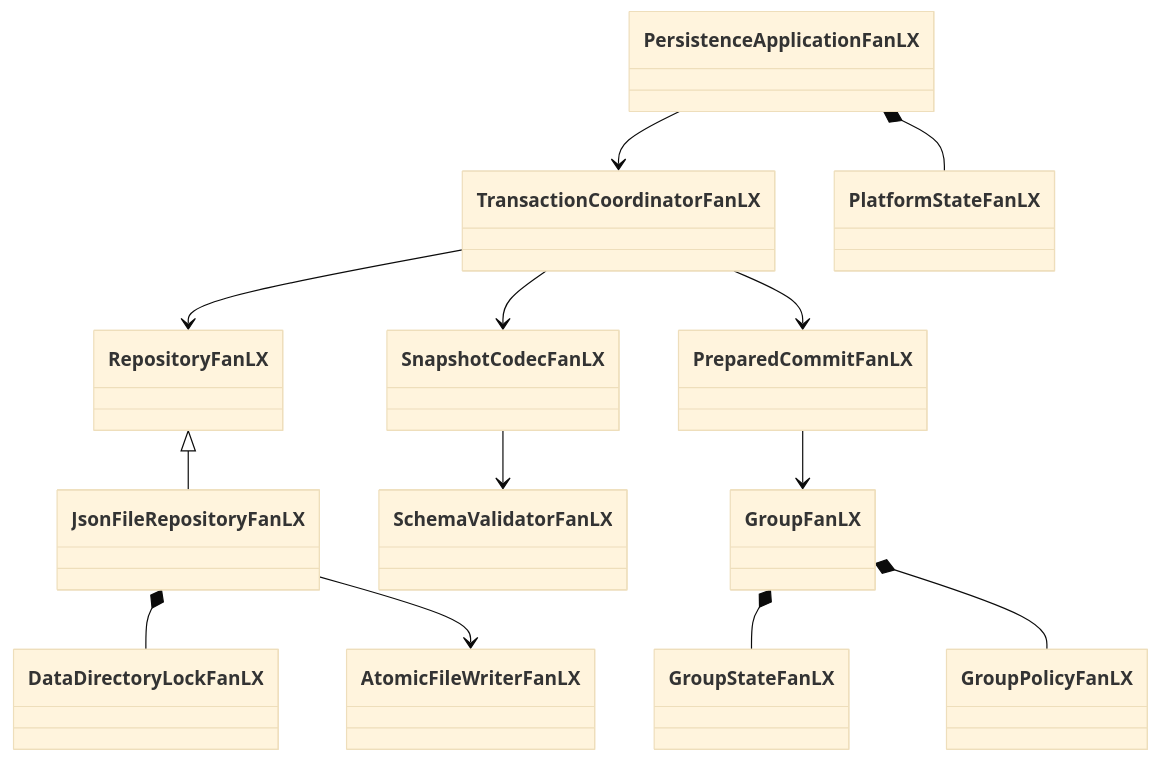
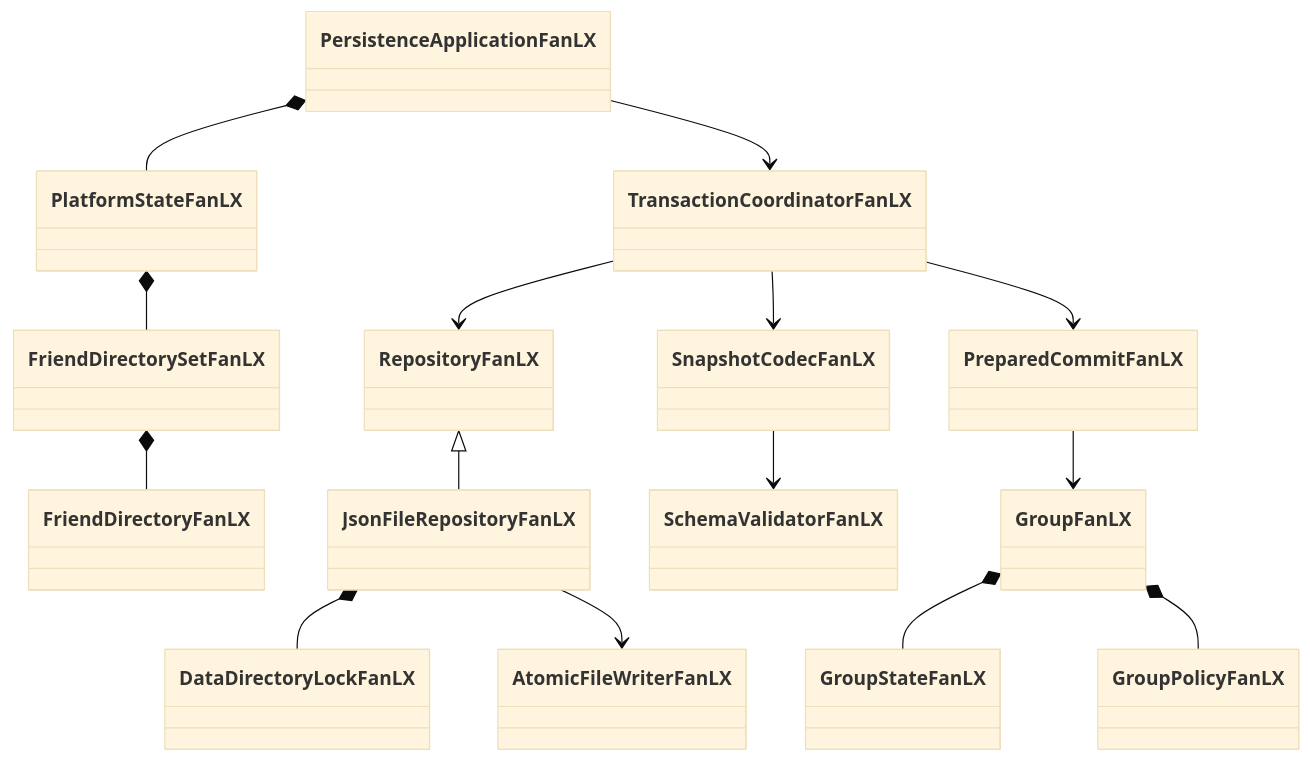
One commit to Runa-Asahi/Real-time-Communication-System changed the first of 2 diagrams in docs/architecture.md. Above: the diagram before and after it, drawn with Mermaid (base theme). The commit also changed other lines of this file and 133 other files, not shown here.

````diff
--- a/docs/architecture.md
+++ b/docs/architecture.md
@@ -278,15 +448,17 @@
 ```mermaid
 classDiagram
   PersistenceApplicationFanLX --> TransactionCoordinatorFanLX
   PersistenceApplicationFanLX *-- PlatformStateFanLX
+  PlatformStateFanLX *-- FriendDirectorySetFanLX
+  FriendDirectorySetFanLX *-- FriendDirectoryFanLX
   TransactionCoordinatorFanLX --> RepositoryFanLX
   RepositoryFanLX <|-- JsonFileRepositoryFanLX
   JsonFileRepositoryFanLX *-- DataDirectoryLockFanLX
   JsonFileRepositoryFanLX --> AtomicFileWriterFanLX
   TransactionCoordinatorFanLX --> SnapshotCodecFanLX
   SnapshotCodecFanLX --> SchemaValidatorFanLX
   TransactionCoordinatorFanLX --> PreparedCommitFanLX
   PreparedCommitFanLX --> GroupFanLX
   GroupFanLX *-- GroupStateFanLX
   GroupFanLX *-- GroupPolicyFanLX
 ```
````
